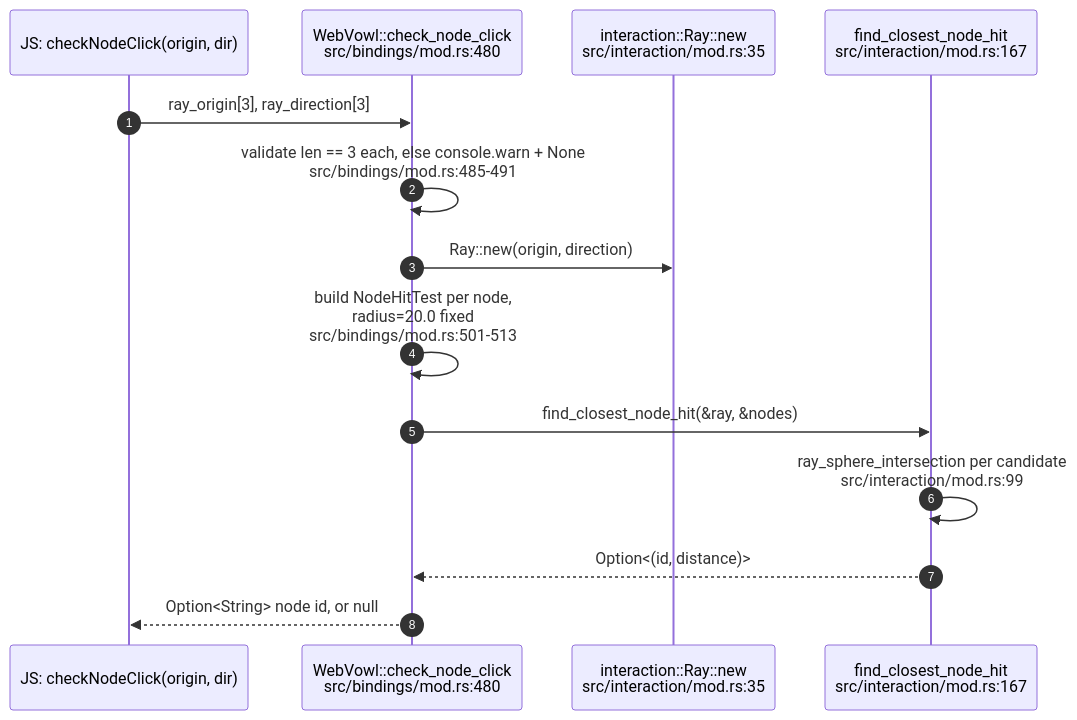
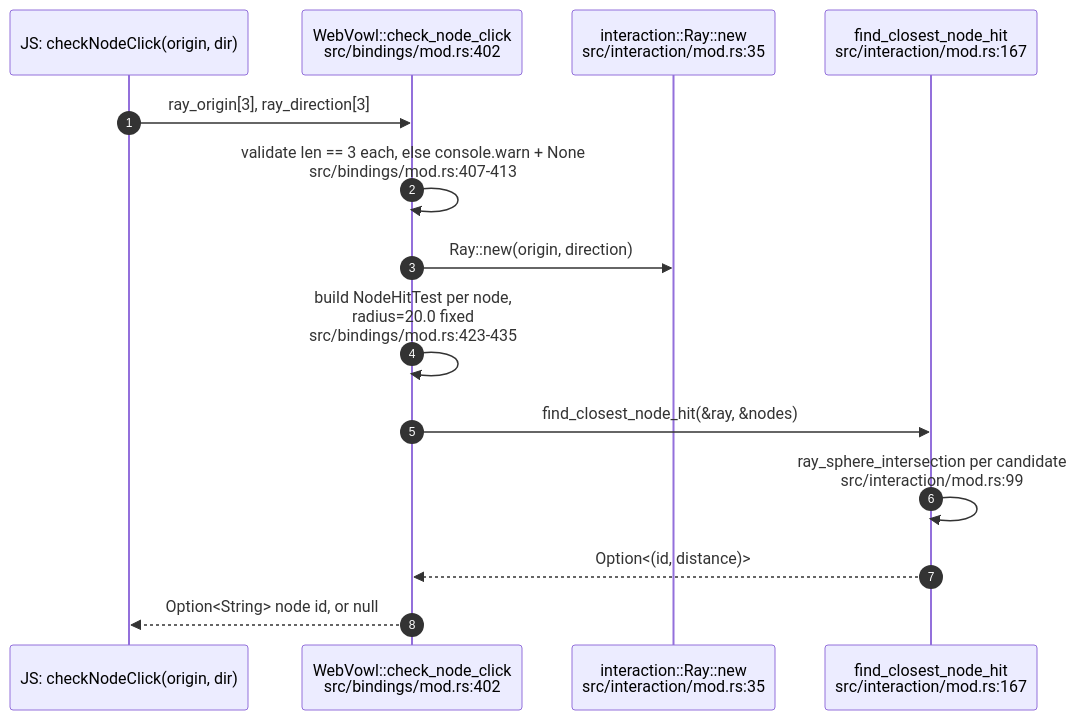
One commit to DreamLab-AI/VisionFlow changed the third of 7 diagrams in docs/diagrams/vowl-wasm/04-js-api-examples-and-consumers.md. Above: the diagram before and after it, drawn with Mermaid. The commit also changed other lines of this file and 160 other files, not shown here.

````diff
--- a/docs/diagrams/vowl-wasm/04-js-api-examples-and-consumers.md
+++ b/docs/diagrams/vowl-wasm/04-js-api-examples-and-consumers.md
@@ -62,16 +68,16 @@
 ```mermaid
 sequenceDiagram
     autonumber
     participant JS as JS: checkNodeClick(origin, dir)
-    participant WV as WebVowl::check_node_click<br/>src/bindings/mod.rs:480
+    participant WV as WebVowl::check_node_click<br/>src/bindings/mod.rs:402
     participant R as interaction::Ray::new<br/>src/interaction/mod.rs:35
     participant F as find_closest_node_hit<br/>src/interaction/mod.rs:167
     JS->>WV: ray_origin[3], ray_direction[3]
-    WV->>WV: validate len == 3 each, else console.warn + None<br/>src/bindings/mod.rs:485-491
+    WV->>WV: validate len == 3 each, else console.warn + None<br/>src/bindings/mod.rs:407-413
     WV->>R: Ray::new(origin, direction)
-    WV->>WV: build NodeHitTest per node,<br/>radius=20.0 fixed<br/>src/bindings/mod.rs:501-513
+    WV->>WV: build NodeHitTest per node,<br/>radius=20.0 fixed<br/>src/bindings/mod.rs:423-435
     WV->>F: find_closest_node_hit(&ray, &nodes)
     F->>F: ray_sphere_intersection per candidate<br/>src/interaction/mod.rs:99
     F-->>WV: Option<(id, distance)>
     WV-->>JS: Option<String> node id, or null
 ```
````
